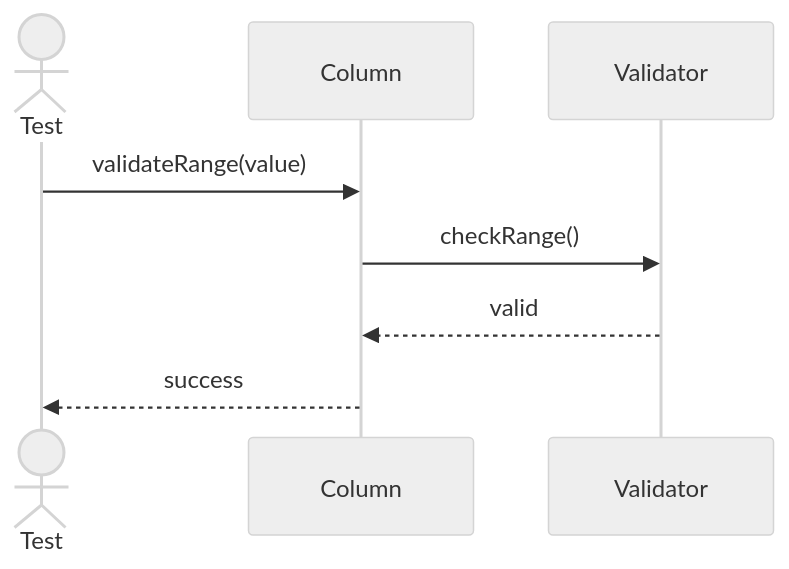
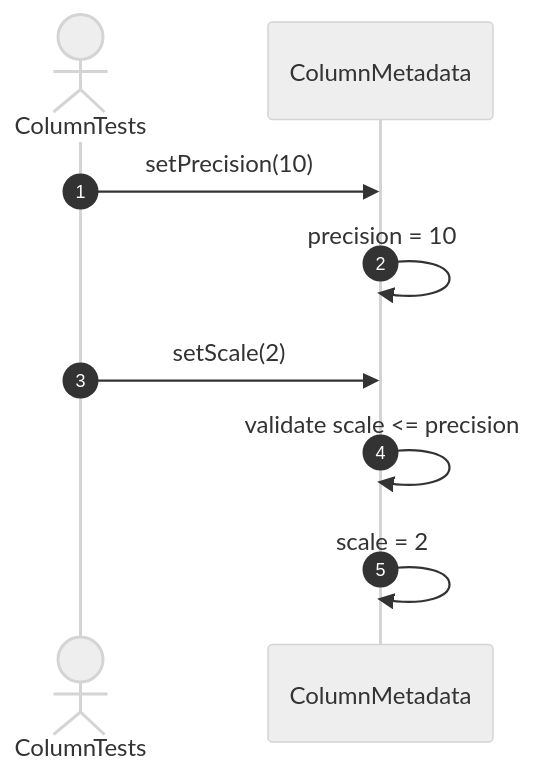
Before and after one commit to FhuAnn/-bbv-AN-s-DBMS: diagram 15 of 18 in src/tests/unit/metadata/sequences/columns-testing.se.md, drawn with Mermaid (neutral theme). The commit also changed other lines of this file and 60 other files, not shown here.

Commit message:
refactor data table, row, column, constraint, index test file

````diff
--- a/src/tests/unit/metadata/sequences/columns-testing.se.md
+++ b/src/tests/unit/metadata/sequences/columns-testing.se.md
@@ -263,11 +218,12 @@
 ```mermaid
 sequenceDiagram
-actor Test
-participant Column
-participant Validator
+    autonumber
+    actor Test as ColumnTests
+    participant Column as ColumnMetadata
 
-Test->>Column: validateRange(value)
-Column->>Validator: checkRange()
-Validator-->>Column: valid
-Column-->>Test: success
+    Test->>Column: setPrecision(10)
+    Column->>Column: precision = 10
+    Test->>Column: setScale(2)
+    Column->>Column: validate scale <= precision
+    Column->>Column: scale = 2
 ```
````
